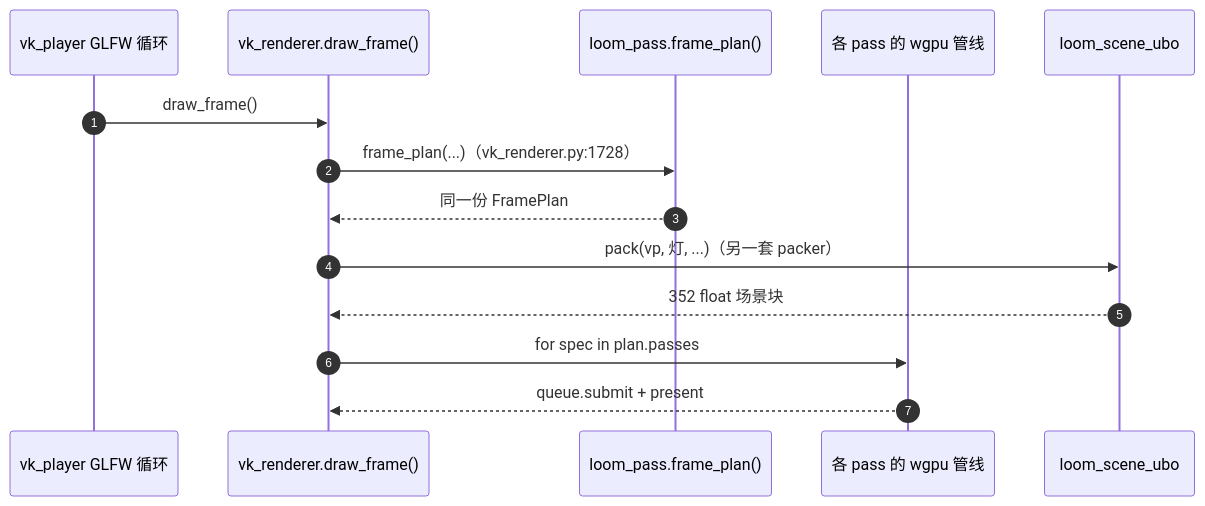
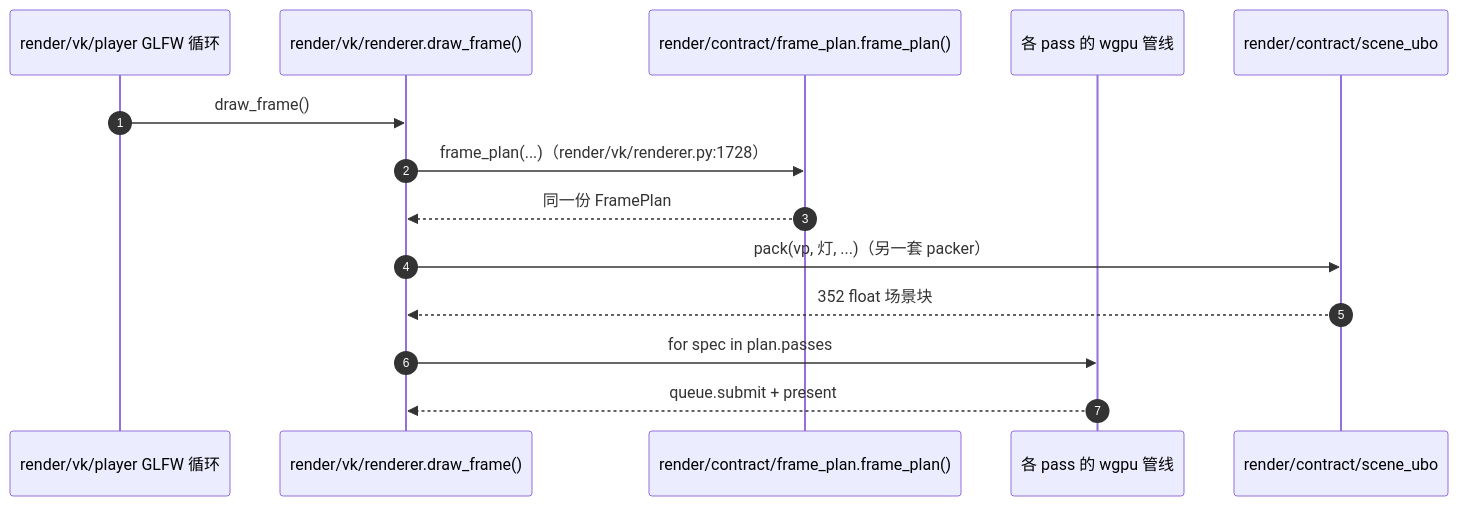
Before and after one commit to lhy302/WeaveEngine: diagram 15 of 23 in ARCHITECTURE.md, drawn with Mermaid. The commit also changed other lines of this file and 97 other files, not shown here.

````diff
--- a/ARCHITECTURE.md
+++ b/ARCHITECTURE.md
@@ -570,16 +570,16 @@
 ```mermaid
 sequenceDiagram
   autonumber
-  participant W as vk_player GLFW 循环
-  participant R as vk_renderer.draw_frame()
-  participant PL as loom_pass.frame_plan()
+  participant W as render/vk/player GLFW 循环
+  participant R as render/vk/renderer.draw_frame()
+  participant PL as render/contract/frame_plan.frame_plan()
   participant P as 各 pass 的 wgpu 管线
-  participant U as loom_scene_ubo
+  participant U as render/contract/scene_ubo
   W->>R: draw_frame()
-  R->>PL: frame_plan(...)（vk_renderer.py:1728）
+  R->>PL: frame_plan(...)（render/vk/renderer.py:1728）
   PL-->>R: 同一份 FramePlan
   R->>U: pack(vp, 灯, ...)（另一套 packer）
   U-->>R: 352 float 场景块
   R->>P: for spec in plan.passes
   P-->>R: queue.submit + present
 ```
````
